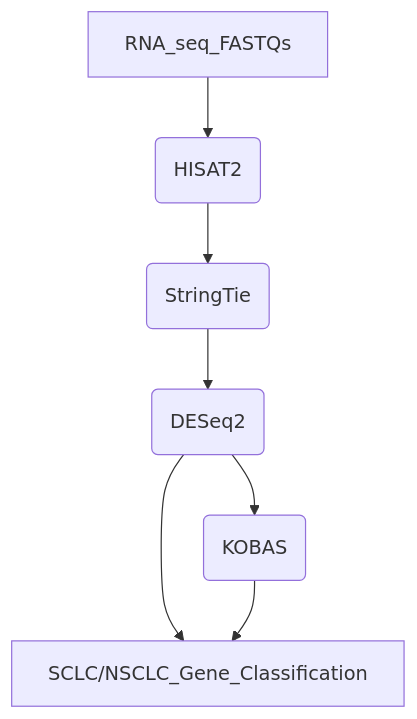
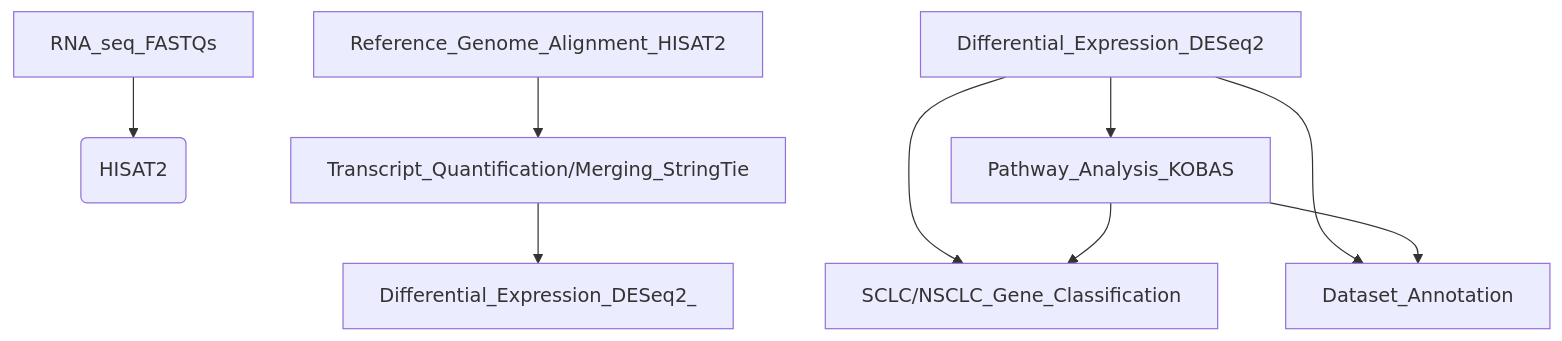
Before and after one commit to aharia22/Novel-Biomarker-Prediction-for-Lung-Cancer: the second of 2 diagrams in README.md, drawn with Mermaid.

````diff
--- a/README.md
+++ b/README.md
@@ -33,9 +33,11 @@
 ```mermaid
 graph TD;
     RNA_seq_FASTQs-->Reference_Genome_Alignment(HISAT2);
-    Reference_Genome_Alignment(HISAT2)-->Transcript_Quantification/Merging(StringTie);
-    Transcript_Quantification/Merging(StringTie)-->Differential_Expression(DESeq2);
-    Differential_Expression(DESeq2)-->Pathway_Analysis(KOBAS);
-    Differential_Expression(DESeq2)-->SCLC/NSCLC_Gene_Classification;
-    Pathway_Analysis(KOBAS)-->SCLC/NSCLC_Gene_Classification;
+    Reference_Genome_Alignment_HISAT2-->Transcript_Quantification/Merging_StringTie;
+    Transcript_Quantification/Merging_StringTie-->Differential_Expression_DESeq2_;
+    Differential_Expression_DESeq2-->Pathway_Analysis_KOBAS;
+    Differential_Expression_DESeq2-->SCLC/NSCLC_Gene_Classification;
+    Pathway_Analysis_KOBAS-->SCLC/NSCLC_Gene_Classification;
+    Differential_Expression_DESeq2-->Dataset_Annotation;
+    Pathway_Analysis_KOBAS-->Dataset_Annotation;
 ```
````
